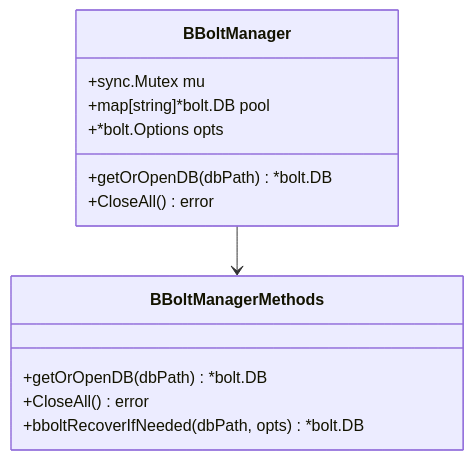
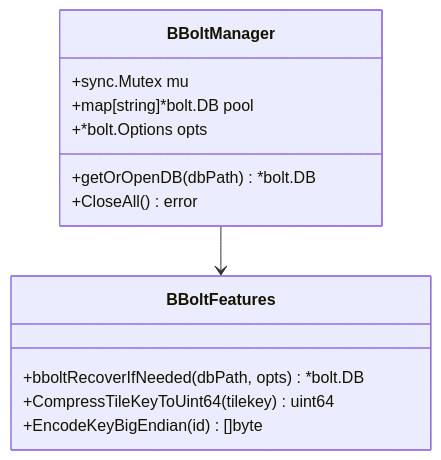
Before and after one commit to vistone/crawler-platform: the fourth of 13 diagrams in .qoder/repowiki/zh/content/核心功能/存储架构.md, drawn with Mermaid. The commit also changed other lines of this file and 40 other files, not shown here.

````diff
--- a/.qoder/repowiki/zh/content/核心功能/存储架构.md
+++ b/.qoder/repowiki/zh/content/核心功能/存储架构.md
@@ -103,16 +161,16 @@
 ```mermaid
 classDiagram
 class BBoltManager {
 +sync.Mutex mu
 +map[string]*bolt.DB pool
 +*bolt.Options opts
 +getOrOpenDB(dbPath) *bolt.DB
 +CloseAll() error
 }
-class BBoltManagerMethods {
-+getOrOpenDB(dbPath) *bolt.DB
-+CloseAll() error
+class BBoltFeatures {
 +bboltRecoverIfNeeded(dbPath, opts) *bolt.DB
++CompressTileKeyToUint64(tilekey) uint64
++EncodeKeyBigEndian(id) []byte
 }
-BBoltManager --> BBoltManagerMethods
+BBoltManager --> BBoltFeatures
 ```
````
